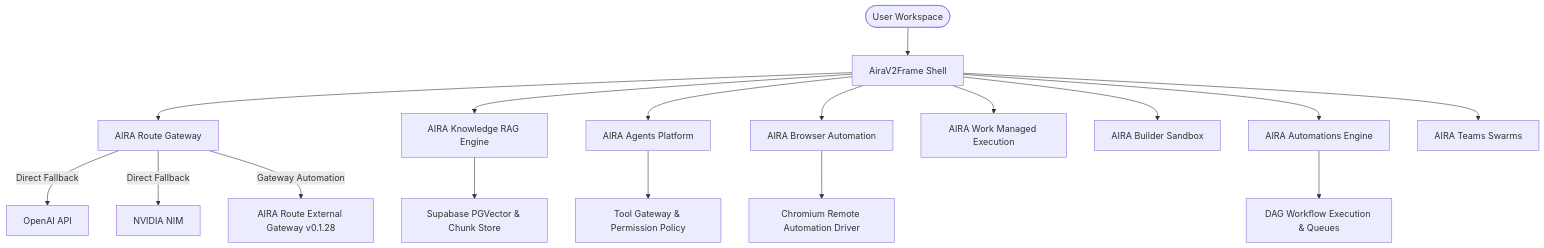
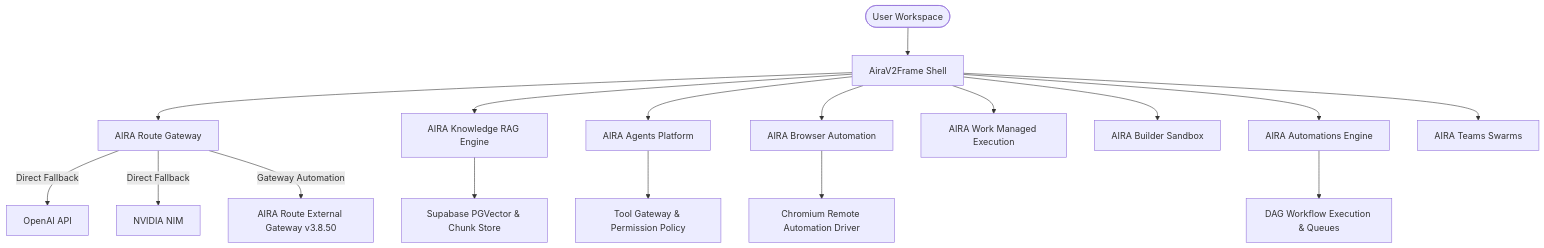
The diagram in docs/AIRA_RELEASE4_RUNTIME_ARCHITECTURE.md (rajpunkeshwarrajgautam-boop/aira-ai), drawn with Mermaid before and after one commit. The commit also changed other lines of this file and 2 other files, not shown here.

Commit message:
docs(release-4): record final upstream provenance certification evidence for OmniRoute v3.8.50

````diff
--- a/docs/AIRA_RELEASE4_RUNTIME_ARCHITECTURE.md
+++ b/docs/AIRA_RELEASE4_RUNTIME_ARCHITECTURE.md
@@ -5,22 +5,22 @@
 ```mermaid
 graph TD
     User([User Workspace]) --> Frame[AiraV2Frame Shell]
     
     Frame --> Route[AIRA Route Gateway]
     Frame --> Knowledge[AIRA Knowledge RAG Engine]
     Frame --> Agents[AIRA Agents Platform]
     Frame --> Browser[AIRA Browser Automation]
     Frame --> Work[AIRA Work Managed Execution]
     Frame --> Builder[AIRA Builder Sandbox]
     Frame --> Automations[AIRA Automations Engine]
     Frame --> Teams[AIRA Teams Swarms]
     
     Route -->|Direct Fallback| OpenAI[OpenAI API]
     Route -->|Direct Fallback| NVIDIA[NVIDIA NIM]
-    Route -->|Gateway Automation| OmniRoute[AIRA Route External Gateway v0.1.28]
+    Route -->|Gateway Automation| OmniRoute[AIRA Route External Gateway v3.8.50]
     
     Knowledge --> Vector[Supabase PGVector & Chunk Store]
     Agents --> ToolGW[Tool Gateway & Permission Policy]
     Automations --> WorkflowEngine[DAG Workflow Execution & Queues]
     Browser --> RemoteDriver[Chromium Remote Automation Driver]
 ```
````
